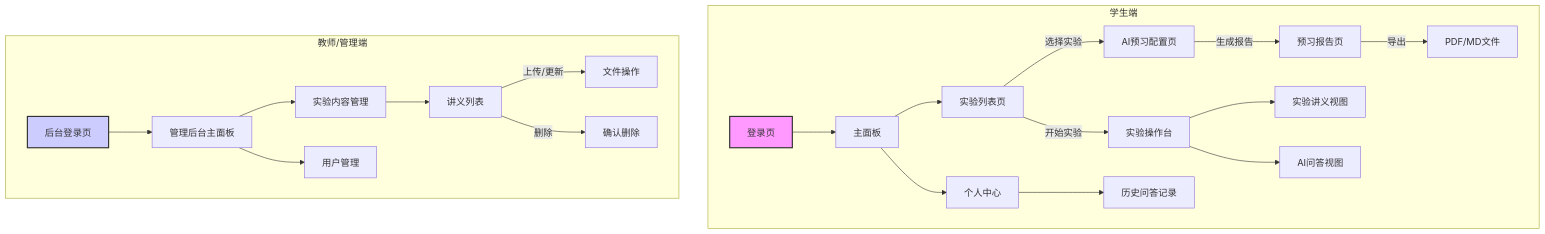
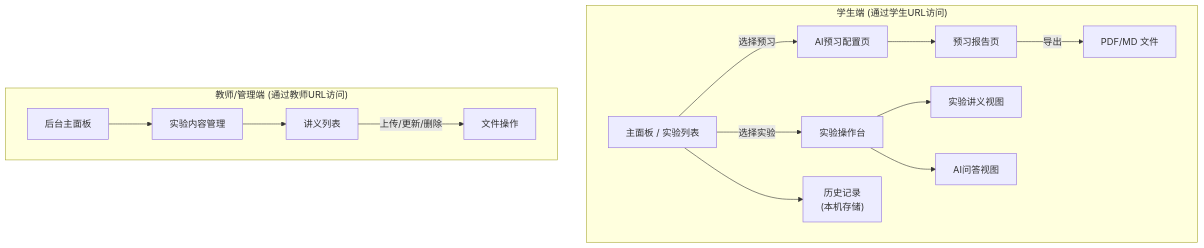
One commit to baoblackcoal/owon_ai changed the diagram in doc/req/dbly_ux.md. Above: the diagram before and after it, drawn with Mermaid. The commit also changed other lines of this file and 1 other file, not shown here.

Commit message:
更新实验内容管理和用户体验文档，调整对话历史记录的存储方式为本地存储，简化后台访问方式，无需登录，提升安全性和便捷性。

````diff
--- a/doc/req/dbly_ux.md
+++ b/doc/req/dbly_ux.md
@@ -73,27 +73,19 @@
 ```mermaid
 graph TD
-    subgraph StudentView["学生端"]
-        A[登录页] --> B[主面板]
-        B --> C[实验列表页]
-        C --> |选择实验| D[AI预习配置页]
-        D --> |生成报告| E[预习报告页]
-        E --> |导出| F[PDF/MD文件]
-        C --> |开始实验| G[实验操作台]
-        G --> H[实验讲义视图]
-        G --> I[AI问答视图]
-        B --> J[个人中心]
-        J --> K[历史问答记录]
+    subgraph StudentView["学生端 (通过学生URL访问)"]
+        B["主面板 / 实验列表"]
+        B --> |选择预习| D[AI预习配置页]
+        D --> E[预习报告页]
+        E --> |导出| F[PDF/MD 文件]
+        B --> |选择实验| G[实验操作台]
+        G --> H["实验讲义视图"]
+        G --> I["AI问答视图"]
+        B --> K["历史记录<br/>(本机存储)"]
     end
 
-    subgraph AdminView["教师/管理端"]
-        M[后台登录页] --> N[管理后台主面板]
-        N --> O[实验内容管理]
+    subgraph AdminView["教师/管理端 (通过教师URL访问)"]
+        N["后台主面板"] --> O[实验内容管理]
         O --> P[讲义列表]
-        P --> |上传/更新| Q[文件操作]
-        P --> |删除| R[确认删除]
-        N --> S[用户管理]
+        P --> |上传/更新/删除| Q[文件操作]
     end
-
-    style A fill:#f9f,stroke:#333,stroke-width:2px
-    style M fill:#ccf,stroke:#333,stroke-width:2px
 ```
````
